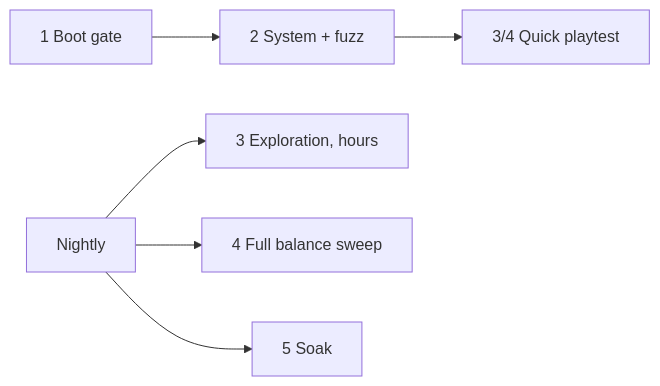
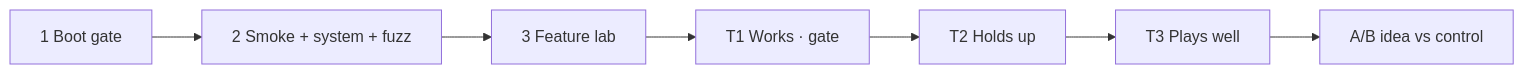
The diagram in README.md (tayhastings1999-bot/Rat-Game), drawn with Mermaid before and after one commit. The commit also changed other lines of this file and 7 other files, not shown here.

First line of the commit message:
Feature lab with tiered scores replaces the idle bot runs

````diff
--- a/README.md
+++ b/README.md
@@ -197,5 +205,5 @@
 ```mermaid
 flowchart LR
-  A[1 Boot gate] --> B[2 System + fuzz] --> C[3/4 Quick playtest]
-  N[Nightly] --> D[3 Exploration, hours] & E[4 Full balance sweep] & F[5 Soak]
+  A[1 Boot gate] --> B[2 Smoke + system + fuzz] --> C[3 Feature lab]
+  C --> T1[T1 Works · gate] --> T2[T2 Holds up] --> T3[T3 Plays well] --> AB[A/B idea vs control]
 ```
````
